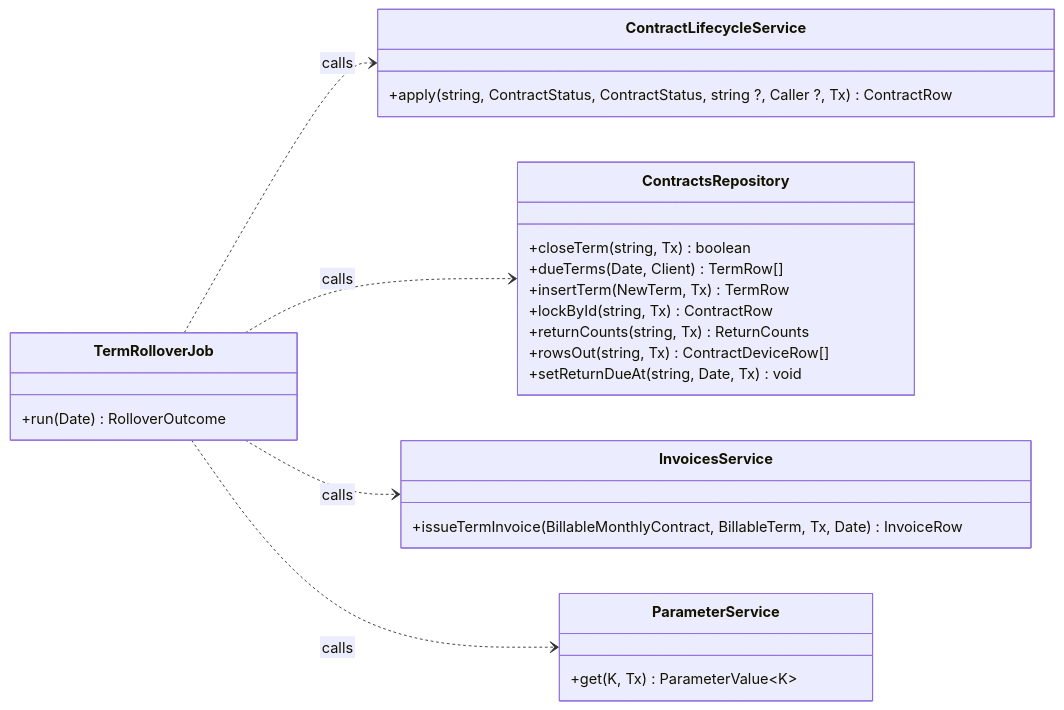
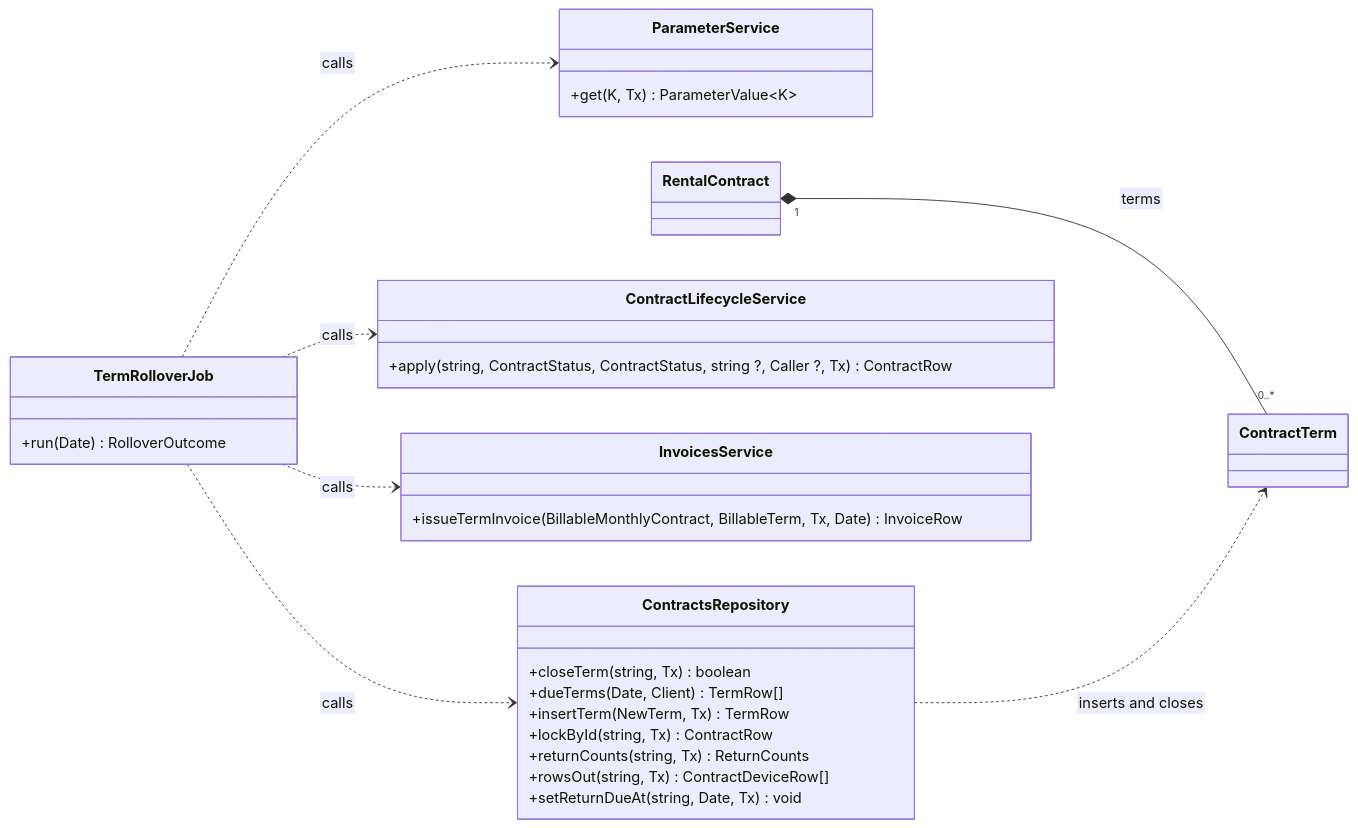
Diagram 15 of 29 in specs/rentals/design.md (TrekLink-Team/treklink-web), drawn with Mermaid before and after one commit. The commit also changed other lines of this file and 7 other files, not shown here.

First line of the commit message:
docs: add code-backed UML class relations and split views

````diff
--- a/specs/rentals/design.md
+++ b/specs/rentals/design.md
@@ -695,30 +811,37 @@
 ```mermaid
 %%{init: {"htmlLabels": false}}%%
 classDiagram
     direction LR
     class TermRolloverJob {
         +run(Date) RolloverOutcome
     }
     class ParameterService {
         +get(K, Tx) ParameterValue~K~
     }
     class ContractsRepository {
         +closeTerm(string, Tx) boolean
         +dueTerms(Date, Client) TermRow[]
         +insertTerm(NewTerm, Tx) TermRow
         +lockById(string, Tx) ContractRow
         +returnCounts(string, Tx) ReturnCounts
         +rowsOut(string, Tx) ContractDeviceRow[]
         +setReturnDueAt(string, Date, Tx) void
     }
     class ContractLifecycleService {
         +apply(string, ContractStatus, ContractStatus, string ?, Caller ?, Tx) ContractRow
     }
     class InvoicesService {
         +issueTermInvoice(BillableMonthlyContract, BillableTerm, Tx, Date) InvoiceRow
     }
     TermRolloverJob ..> ContractLifecycleService : calls
     TermRolloverJob ..> ContractsRepository : calls
     TermRolloverJob ..> InvoicesService : calls
     TermRolloverJob ..> ParameterService : calls
+
+    class RentalContract
+    class ContractTerm
+    %% backend/prisma/schema.prisma:1191-1203; exclusive contract-scoped seq; backend/src/modules/rentals/contracts.repository.ts:587; terms cannot exist without their contract. Restrict, not Cascade.
+    RentalContract "1" *-- "0..*" ContractTerm : terms
+    %% backend/src/modules/rentals/contracts.repository.ts:587; term writes keep contractId fixed.
+    ContractsRepository ..> ContractTerm : inserts and closes
 ```
````
